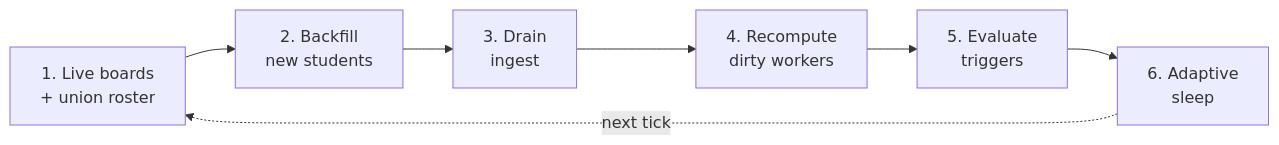
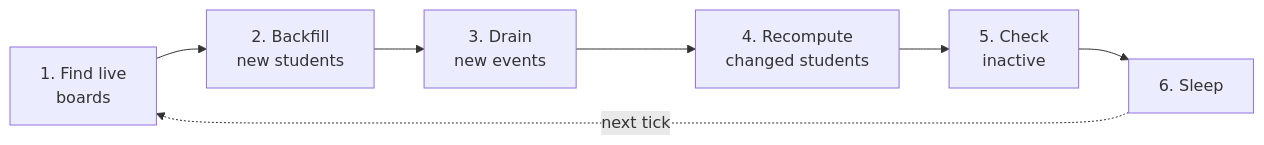
One commit to InviteInstitute/lm-dashboard changed the first of 3 diagrams in docs/concepts/write-path.md. Above: the diagram before and after it, drawn with Mermaid. The commit also changed other lines of this file and 21 other files, not shown here.

````diff
--- a/docs/concepts/write-path.md
+++ b/docs/concepts/write-path.md
@@ -13,6 +12,6 @@
 ```mermaid
 flowchart LR
-    a["1. Live boards<br/>+ union roster"] --> b["2. Backfill<br/>new students"] --> c["3. Drain<br/>ingest"]
-    c --> d["4. Recompute<br/>dirty workers"] --> e["5. Evaluate<br/>triggers"] --> f["6. Adaptive<br/>sleep"]
+    a["1. Find live<br/>boards"] --> b["2. Backfill<br/>new students"] --> c["3. Drain<br/>new events"]
+    c --> d["4. Recompute<br/>changed students"] --> e["5. Check<br/>inactive"] --> f["6. Sleep"]
     f -. "next tick" .-> a
 ```
````
